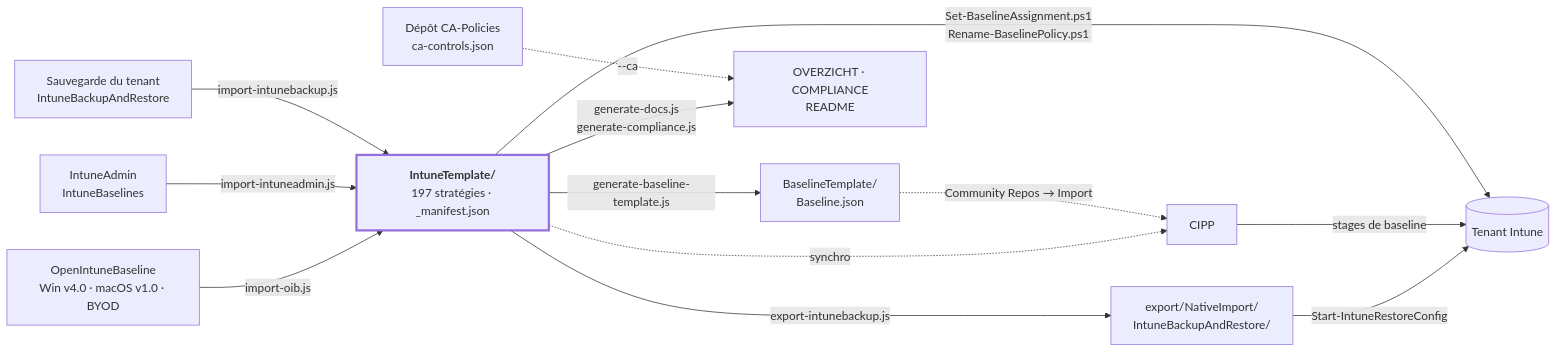
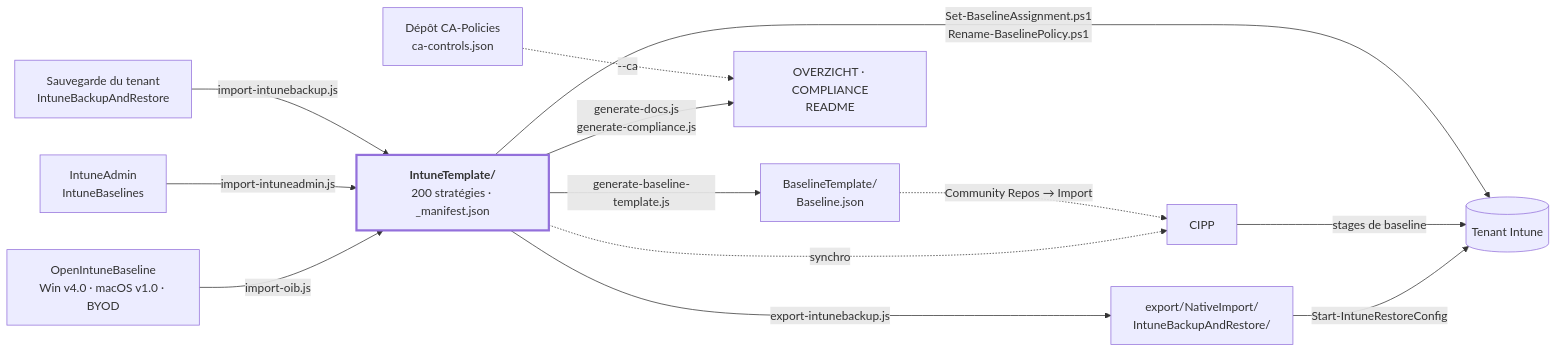
Before and after one commit to sjkanon/IntuneBackup: the diagram in docs/STRUCTUUR.fr.md, drawn with Mermaid. The commit also changed other lines of this file and 63 other files, not shown here.

````diff
--- a/docs/STRUCTUUR.fr.md
+++ b/docs/STRUCTUUR.fr.md
@@ -24,21 +24,21 @@
 ```mermaid
 flowchart LR
   OIB["OpenIntuneBaseline<br/>Win v4.0 · macOS v1.0 · BYOD"] -->|import-oib.js| T
   IA["IntuneAdmin<br/>IntuneBaselines"] -->|import-intuneadmin.js| T
   BK["Sauvegarde du tenant<br/>IntuneBackupAndRestore"] -->|import-intunebackup.js| T
 
-  T["<b>IntuneTemplate/</b><br/>197 stratégies · _manifest.json"]
+  T["<b>IntuneTemplate/</b><br/>200 stratégies · _manifest.json"]
 
   T -->|export-intunebackup.js| EX["export/NativeImport/<br/>IntuneBackupAndRestore/"]
   T -->|generate-baseline-template.js| BT["BaselineTemplate/<br/>Baseline.json"]
   T -->|generate-docs.js<br/>generate-compliance.js| DOC["OVERZICHT · COMPLIANCE<br/>README"]
   CA["Dépôt CA-Policies<br/>ca-controls.json"] -.->|--ca| DOC
 
   T -.->|synchro| CIPP["CIPP"]
   BT -.->|Community Repos → Import| CIPP
   EX -->|Start-IntuneRestoreConfig| TEN[("Tenant Intune")]
   CIPP -->|stages de baseline| TEN
   T -->|Set-BaselineAssignment.ps1<br/>Rename-BaselinePolicy.ps1| TEN
 
   style T stroke-width:3px
 ```
````
